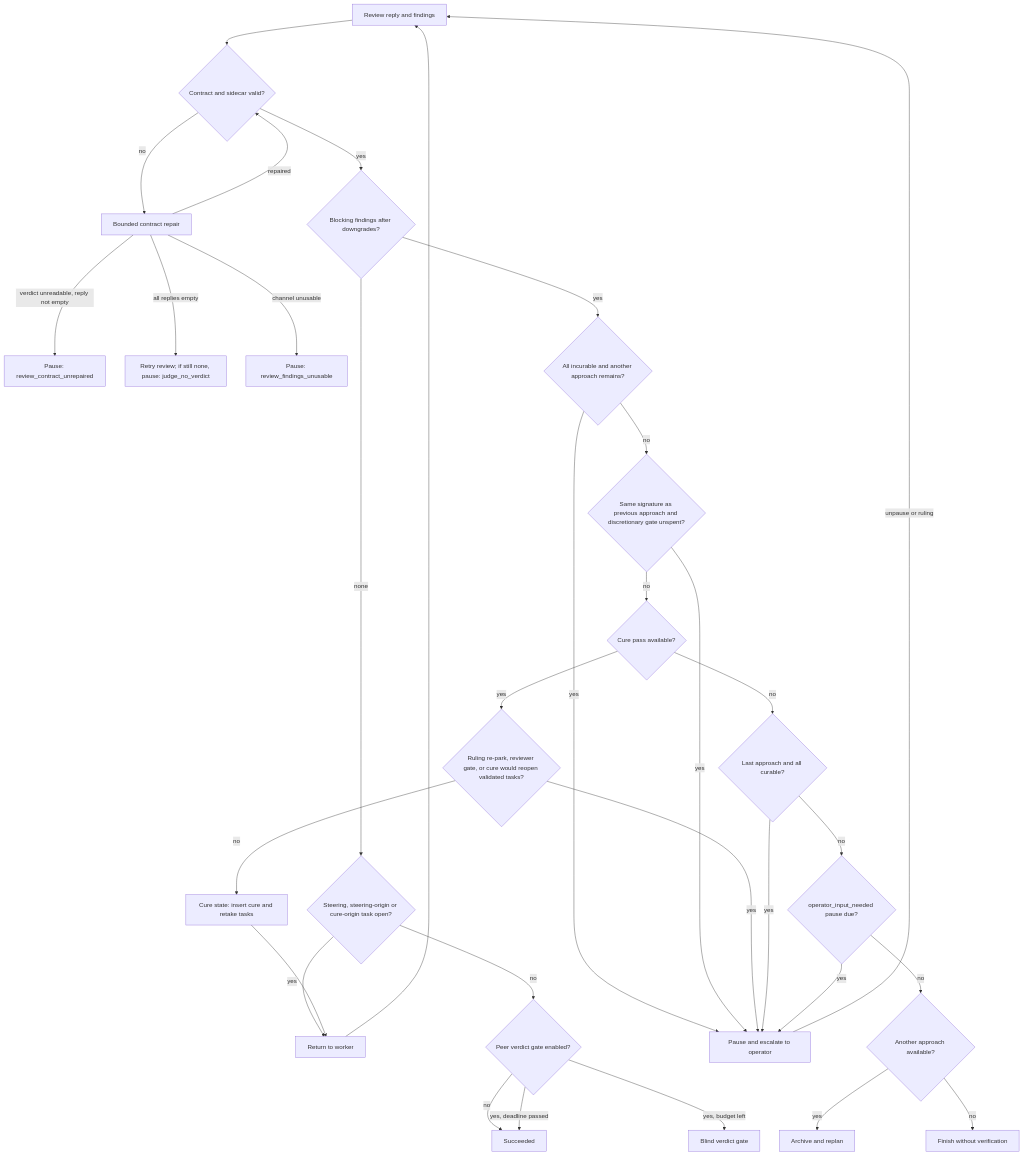
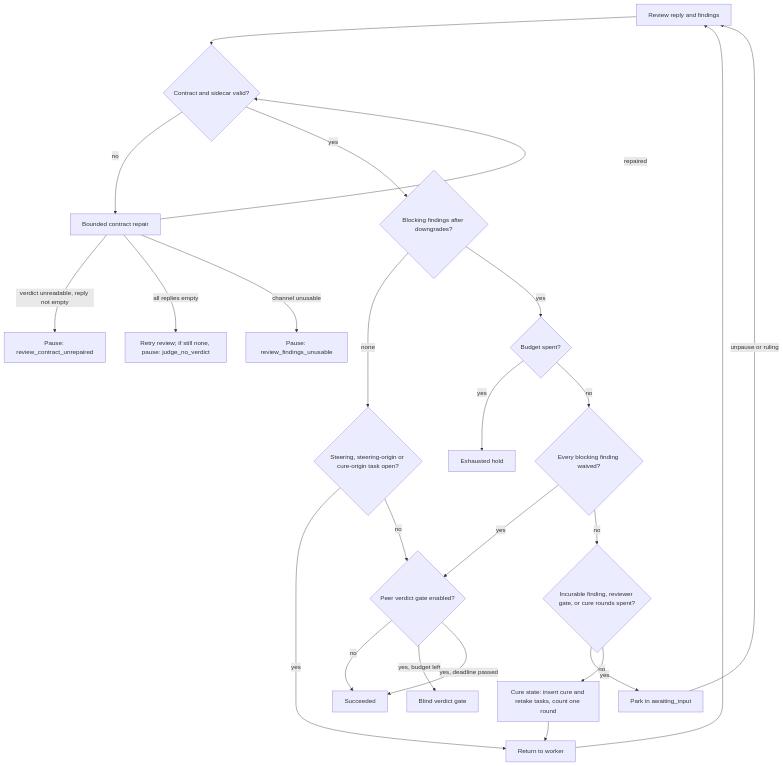
Before and after one commit to n-orlov/ralphd: the fifth of 10 diagrams in docs/solution-tech-spec.md, drawn with Mermaid. The commit also changed other lines of this file and 41 other files, not shown here.

````diff
--- a/docs/solution-tech-spec.md
+++ b/docs/solution-tech-spec.md
@@ -721,34 +719,26 @@
 ```mermaid
 flowchart TD
     Result["Review reply and findings"] --> Ladder{"Contract and sidecar valid?"}
     Ladder -->|no| Repair["Bounded contract repair"]
     Repair -->|repaired| Ladder
     Repair -->|verdict unreadable, reply not empty| HoldU["Pause: review_contract_unrepaired"]
     Repair -->|all replies empty| Retry["Retry review; if still none, pause: judge_no_verdict"]
     Repair -->|channel unusable| HoldF["Pause: review_findings_unusable"]
     Ladder -->|yes| Blocking{"Blocking findings after downgrades?"}
     Blocking -->|none| Pending{"Steering, steering-origin or cure-origin task open?"}
     Pending -->|yes| Work["Return to worker"]
     Pending -->|no| Gate{"Peer verdict gate enabled?"}
     Gate -->|no| Finish["Succeeded"]
     Gate -->|yes, budget left| Peer["Blind verdict gate"]
     Gate -->|yes, deadline passed| Finish
-    Blocking -->|yes| Incurable{"All incurable and another approach remains?"}
-    Incurable -->|yes| Pause["Pause and escalate to operator"]
-    Incurable -->|no| Repeat{"Same signature as previous approach and discretionary gate unspent?"}
-    Repeat -->|yes| Pause
-    Repeat -->|no| Curable{"Cure pass available?"}
-    Curable -->|yes| OpGate{"Ruling re-park, reviewer gate, or cure would reopen validated tasks?"}
-    OpGate -->|yes| Pause
-    OpGate -->|no| Cure["Cure state: insert cure and retake tasks"]
+    Blocking -->|yes| Budget{"Budget spent?"}
+    Budget -->|yes| Exhausted["Exhausted hold"]
+    Budget -->|no| Waived{"Every blocking finding waived?"}
+    Waived -->|yes| Gate
+    Waived -->|no| Park{"Incurable finding, reviewer gate, or cure rounds spent?"}
+    Park -->|yes| Pause["Park in awaiting_input"]
+    Park -->|no| Cure["Cure state: insert cure and retake tasks, count one round"]
     Cure --> Work
-    Curable -->|no| Last{"Last approach and all curable?"}
-    Last -->|yes| Pause
-    Last -->|no| Input{"operator_input_needed pause due?"}
-    Input -->|yes| Pause
-    Input -->|no| Remaining{"Another approach available?"}
-    Remaining -->|yes| Replan["Archive and replan"]
-    Remaining -->|no| Failed["Finish without verification"]
     Work --> Result
     Pause -->|unpause or ruling| Result
 ```
````
